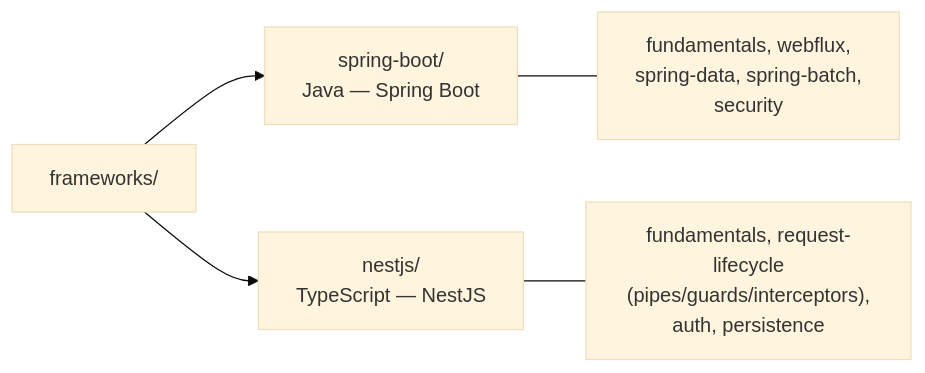
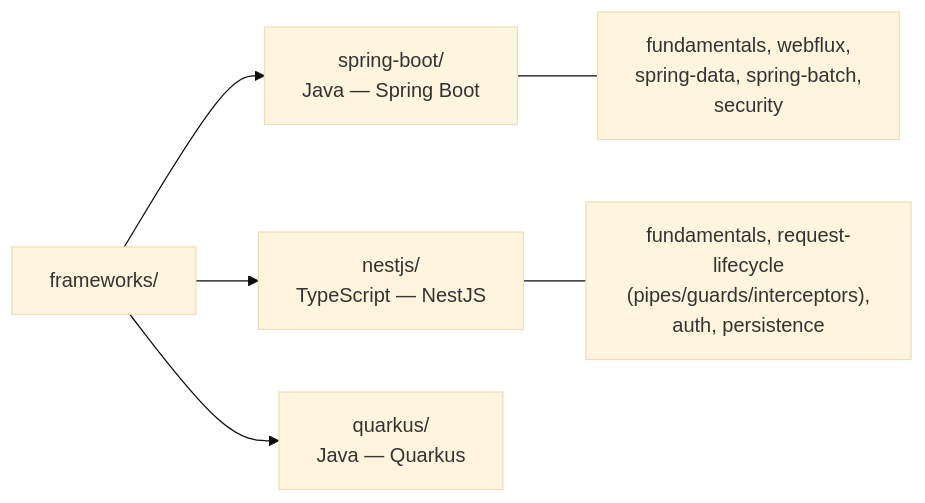
Before and after one commit to edzamo/software-engineering: the diagram in frameworks/README.md, drawn with Mermaid (base theme). The commit also changed other lines of this file and 9 other files, not shown here.

````diff
--- a/frameworks/README.md
+++ b/frameworks/README.md
@@ -14,8 +14,9 @@
 ```mermaid
 graph LR
     root["frameworks/"] --> sb["spring-boot/<br/>Java — Spring Boot"]
     root --> nest["nestjs/<br/>TypeScript — NestJS"]
+    root --> qk["quarkus/<br/>Java — Quarkus"]
 
     sb --- sbnote["fundamentals, webflux,<br/>spring-data, spring-batch,<br/>security"]
     nest --- nestnote["fundamentals, request-lifecycle<br/>(pipes/guards/interceptors),<br/>auth, persistence"]
 ```
````
